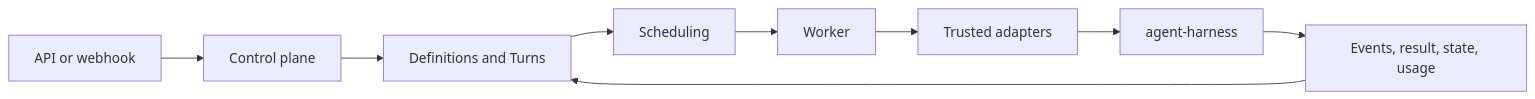
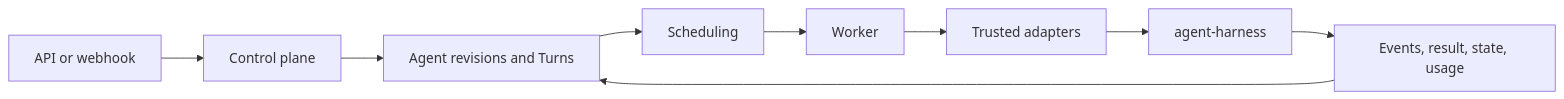
The second of 4 diagrams in spec/README.md (LTThreeComma/agent-foundation), drawn with Mermaid before and after one commit. The commit also changed other lines of this file and 14 other files, not shown here.

````diff
--- a/spec/README.md
+++ b/spec/README.md
@@ -185,11 +185,11 @@
 ```mermaid
 flowchart LR
     Ingress[API or webhook] --> Control[Control plane]
-    Control --> Durable[Definitions and Turns]
+    Control --> Durable[Agent revisions and Turns]
     Durable --> Queue[Scheduling]
     Queue --> Worker[Worker]
     Worker --> Reconstruct[Trusted adapters]
     Reconstruct --> Harness[agent-harness]
     Harness --> Candidate[Events, result, state, usage]
     Candidate --> Durable
 ```
````
